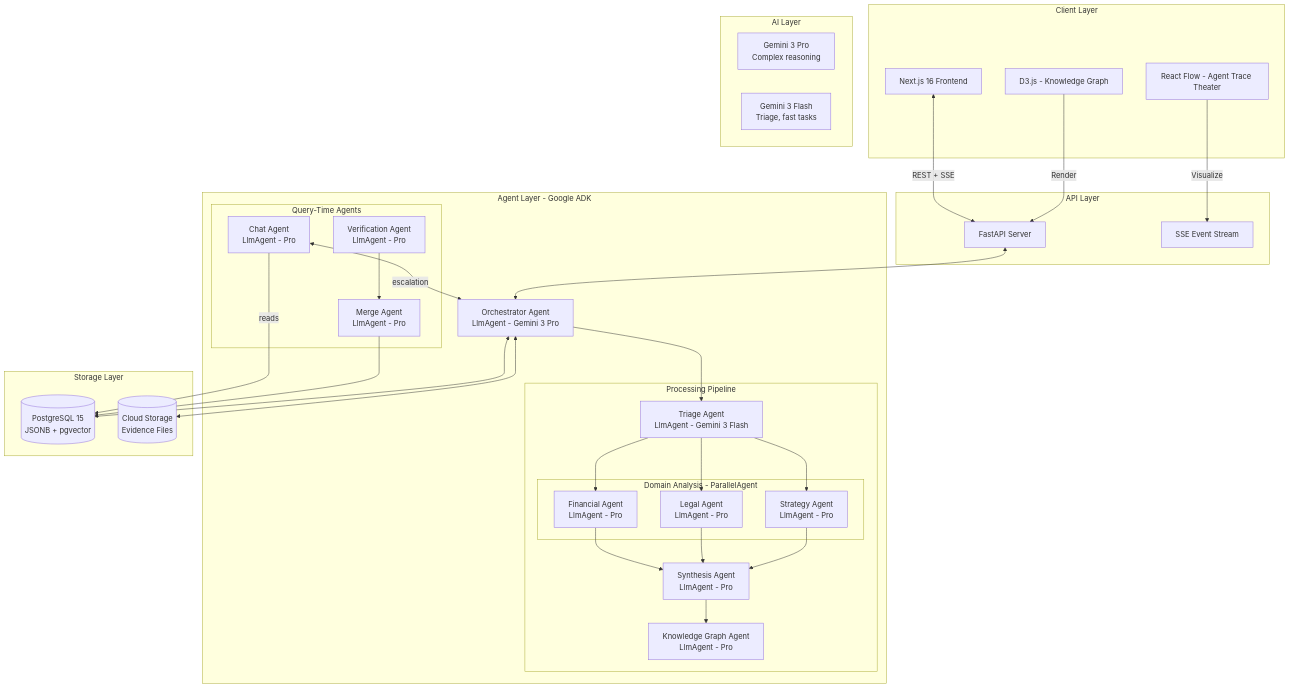
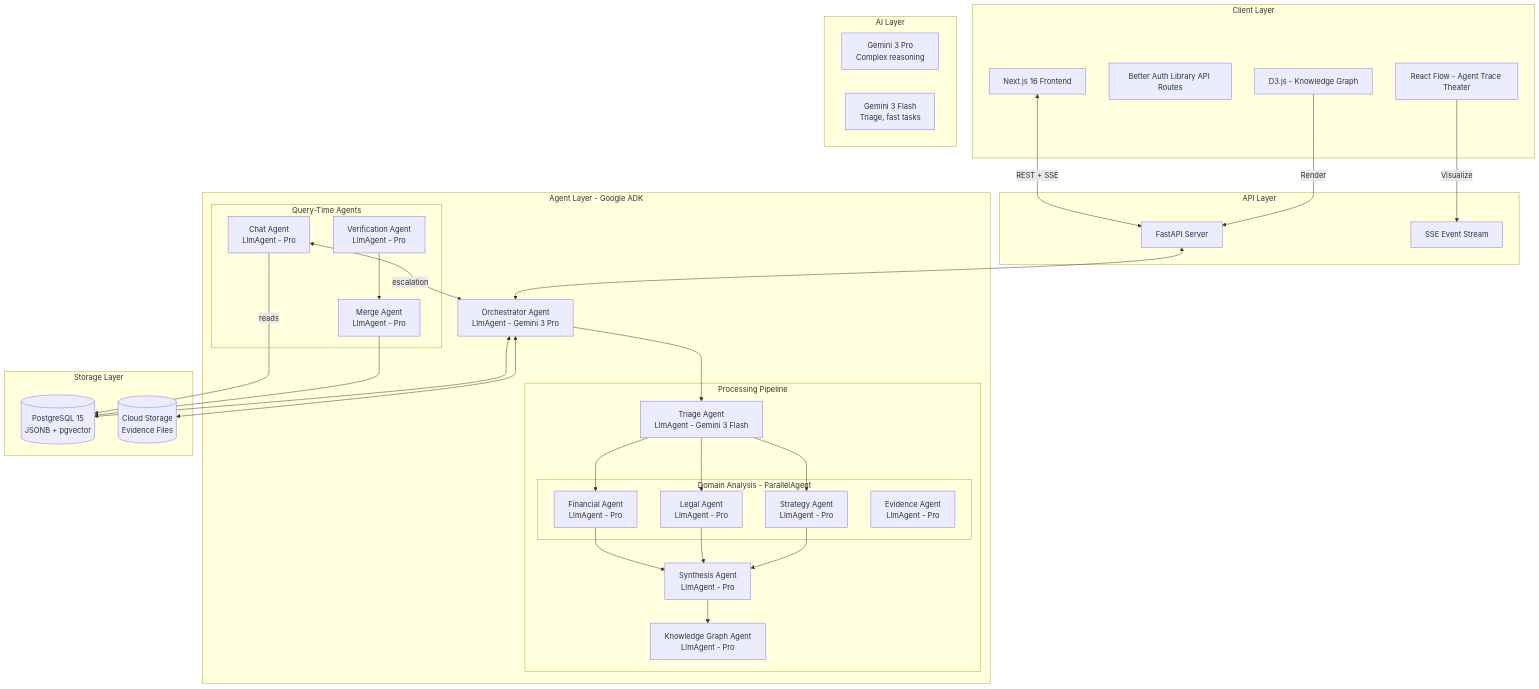
Before and after one commit to Siddharth-Khattar/holmes: the first of 14 diagrams in .planning/research/ARCHITECTURE.md, drawn with Mermaid. The commit also changed other lines of this file and 8 other files, not shown here.

First line of the commit message:
docs: add comprehensive ADK requirements and optimize architecture

````diff
--- a/.planning/research/ARCHITECTURE.md
+++ b/.planning/research/ARCHITECTURE.md
@@ -19,60 +19,62 @@
 ```mermaid
 graph TB
     subgraph "Client Layer"
         UI[Next.js 16 Frontend]
+        AUTH[Better Auth Library API Routes]
         RF[React Flow - Agent Trace Theater]
         D3[D3.js - Knowledge Graph]
     end
 
     subgraph "API Layer"
         API[FastAPI Server]
         SSE[SSE Event Stream]
     end
 
     subgraph "Agent Layer - Google ADK"
         ORCH[Orchestrator Agent<br/>LlmAgent - Gemini 3 Pro]
 
         subgraph "Processing Pipeline"
             TRI[Triage Agent<br/>LlmAgent - Gemini 3 Flash]
 
             subgraph "Domain Analysis - ParallelAgent"
                 FIN[Financial Agent<br/>LlmAgent - Pro]
                 LEG[Legal Agent<br/>LlmAgent - Pro]
                 STR[Strategy Agent<br/>LlmAgent - Pro]
+                EVI[Evidence Agent<br/>LlmAgent - Pro]
             end
 
             SYNTH[Synthesis Agent<br/>LlmAgent - Pro]
             KG[Knowledge Graph Agent<br/>LlmAgent - Pro]
         end
 
         subgraph "Query-Time Agents"
             CHAT[Chat Agent<br/>LlmAgent - Pro]
             VERIFY[Verification Agent<br/>LlmAgent - Pro]
             MERGE[Merge Agent<br/>LlmAgent - Pro]
         end
     end
 
     subgraph "Storage Layer"
         PG[(PostgreSQL 15<br/>JSONB + pgvector)]
         GCS[(Cloud Storage<br/>Evidence Files)]
     end
 
     subgraph "AI Layer"
         G3P[Gemini 3 Pro<br/>Complex reasoning]
         G3F[Gemini 3 Flash<br/>Triage, fast tasks]
     end
 
     UI <-->|REST + SSE| API
     RF -->|Visualize| SSE
     D3 -->|Render| API
     API <--> ORCH
     ORCH --> TRI
     TRI --> FIN & LEG & STR
     FIN & LEG & STR --> SYNTH
     SYNTH --> KG
     CHAT <-->|escalation| ORCH
     CHAT -->|reads| PG
     VERIFY --> MERGE --> PG
     ORCH <--> PG
     ORCH <--> GCS
 ```
````
